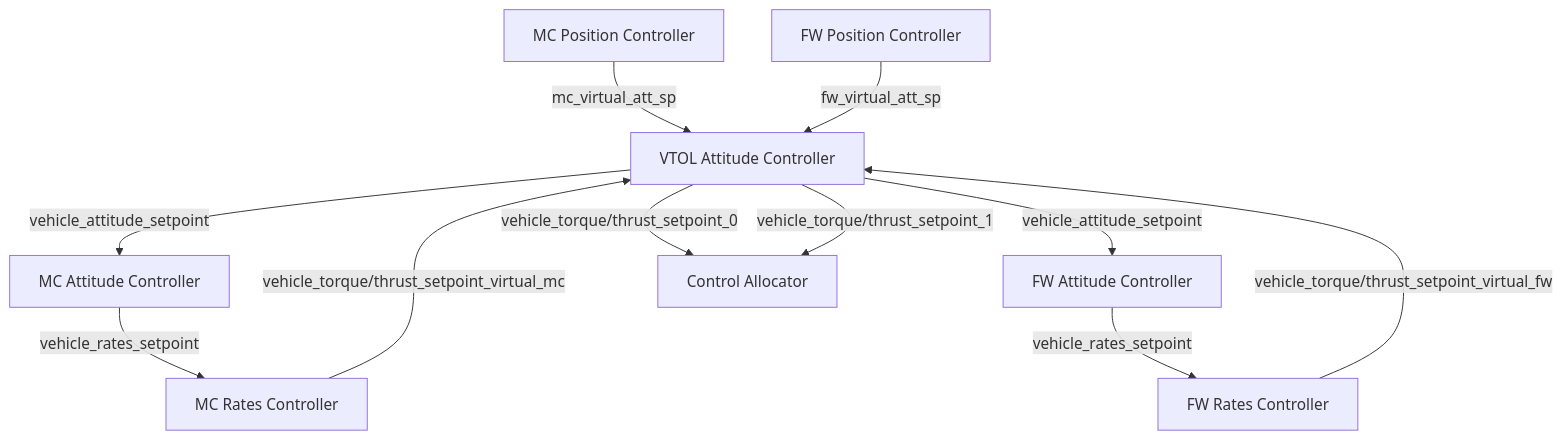
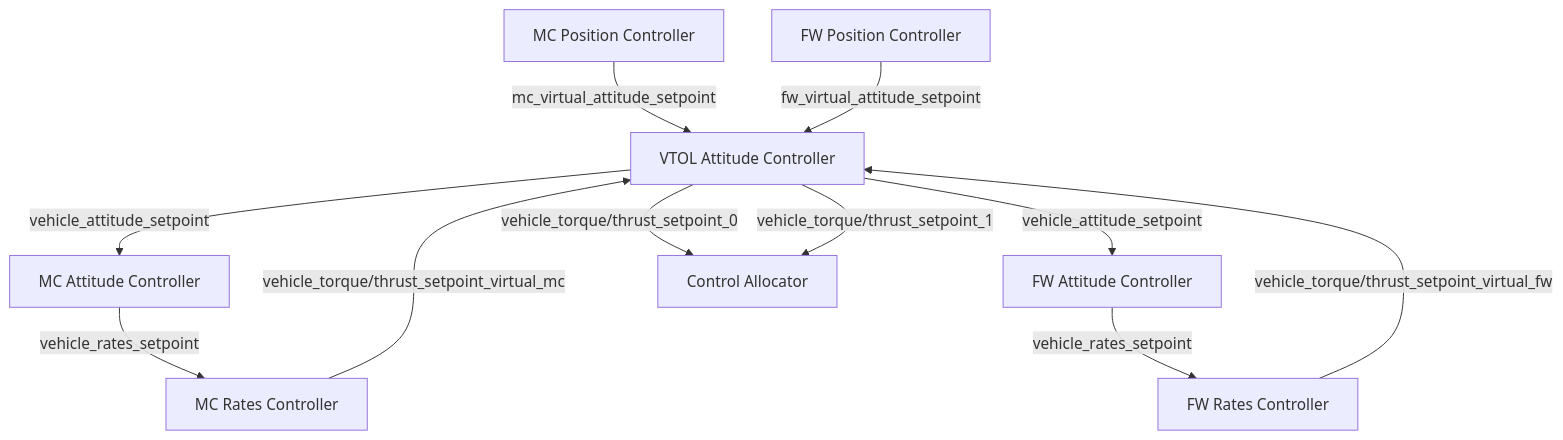
One commit to mengchaoheng/DuctedFanUAV-Autopilot changed the diagram in docs/en/flight_stack/controller_diagrams.md. Above: the diagram before and after it, drawn with Mermaid.

Commit message:
modified:   docs/en/flight_stack/controller_diagrams.md

````diff
--- a/docs/en/flight_stack/controller_diagrams.md
+++ b/docs/en/flight_stack/controller_diagrams.md
@@ -201,30 +201,30 @@
 ```mermaid
 graph TD
   MC_Pos[MC Position Controller]
   FW_Pos[FW Position Controller]
 
   VAC[VTOL Attitude Controller]
 
   MC_Att[MC Attitude Controller]
   FW_Att[FW Attitude Controller]
 
   MC_Rate[MC Rates Controller]
   FW_Rate[FW Rates Controller]
 
   Allocator[Control Allocator]
 
-  MC_Pos -->|mc_virtual_att_sp| VAC
-  FW_Pos -->|fw_virtual_att_sp| VAC
+  MC_Pos -->|mc_virtual_attitude_setpoint| VAC
+  FW_Pos -->|fw_virtual_attitude_setpoint| VAC
 
   VAC -->|vehicle_attitude_setpoint| MC_Att
   VAC -->|vehicle_attitude_setpoint| FW_Att
 
   MC_Att -->|vehicle_rates_setpoint| MC_Rate
   FW_Att -->|vehicle_rates_setpoint| FW_Rate
 
   MC_Rate -->|vehicle_torque/thrust_setpoint_virtual_mc| VAC
   FW_Rate -->|vehicle_torque/thrust_setpoint_virtual_fw| VAC
 
   VAC -->|vehicle_torque/thrust_setpoint_0| Allocator
   VAC -->|vehicle_torque/thrust_setpoint_1| Allocator
 ```
````
